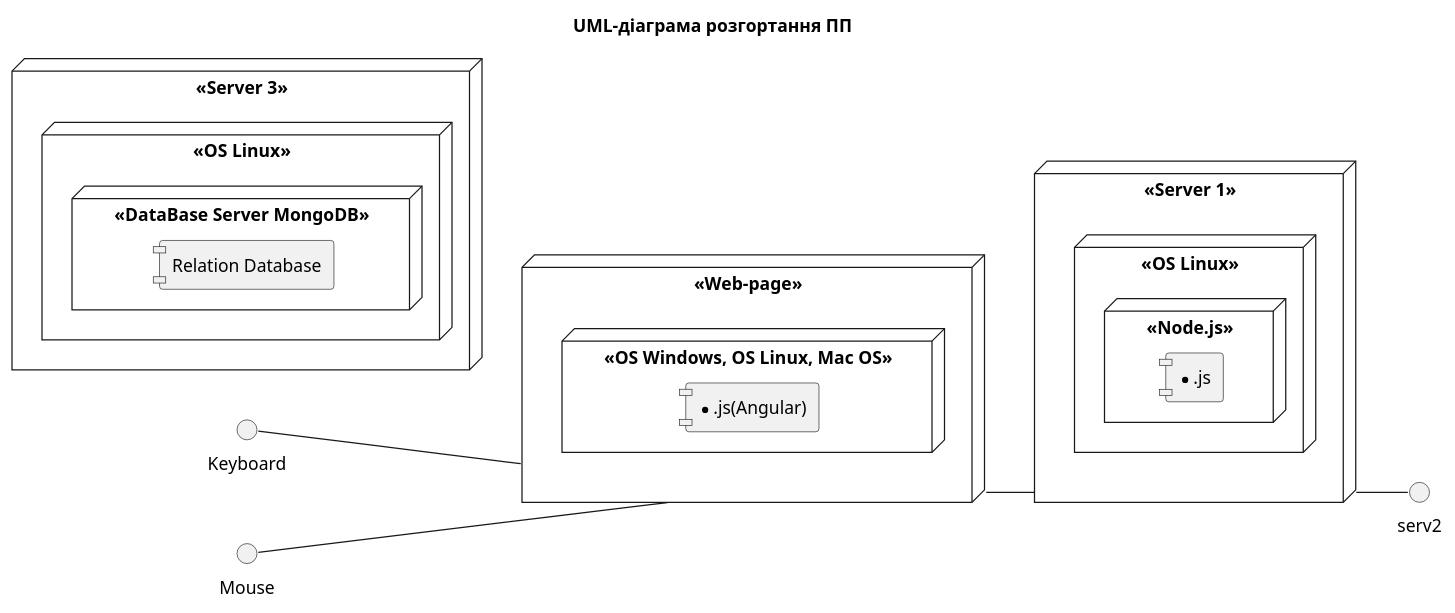
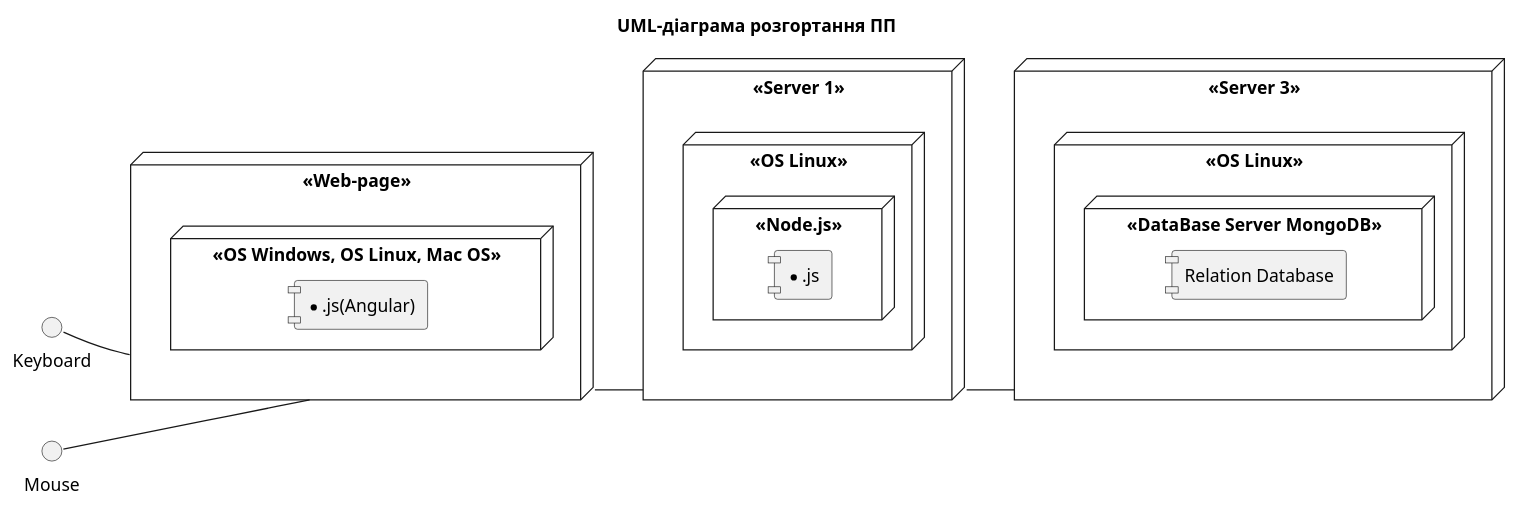
Before and after one commit to oleksandrblazhko/ai-216-perepelitsya: the diagram in 2-SoftwareDesign/2.7-PlantUML/UML-Deployment.puml, drawn with PlantUML.

```diff
--- a/2-SoftwareDesign/2.7-PlantUML/UML-Deployment.puml
+++ b/2-SoftwareDesign/2.7-PlantUML/UML-Deployment.puml
@@ -1,42 +1,42 @@
 @startuml
 
 title UML-діаграма розгортання ПП
 
 left to right direction
 
 skinparam componentStyle uml1
 
 node "<<Web-page>>" as wp {
     node "<<OS Windows, OS Linux, Mac OS>>" as w1 {
         component [*.js(Angular)]
     }
 }
 
 interface Keyboard
 
 interface Mouse
 
 Keyboard -- wp
 
 Mouse -- wp
 
 node "<<Server 1>>" as serv1 {
     node "<<OS Linux>>" as w2 {
       node "<<Node.js>>"{
         component [*.js]
       }
     }
 }
 
 node "<<Server 3>>" as serv3 {
     node "<<OS Linux>>" as w3 {
       node "<<DataBase Server MongoDB>>"{
         component [Relation Database]
       }
     }
 }
 
 wp -- serv1
-serv1 -- serv2
+serv1 -- serv3
 
 @enduml
```
